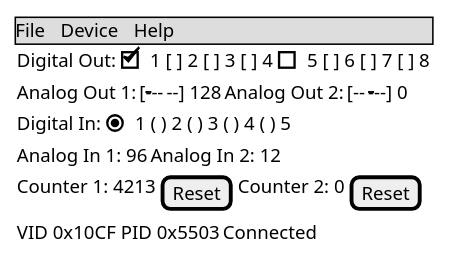
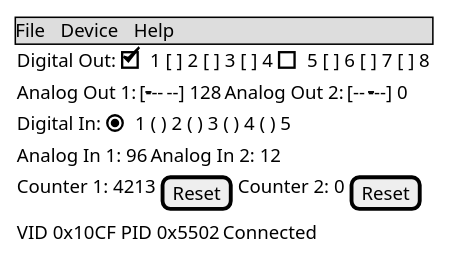
One commit to OutOfBandDevelopment/dev-term changed the second of 2 diagrams in docs/design/proposals/velleman-k8055-protocol.md. Above: the diagram before and after it, drawn with PlantUML. The commit also changed other lines of this file and 2 other files, not shown here.

First line of the commit message:
Add Saint George fencing proposal, verify K8055 live, fix PID count

````diff
--- a/docs/design/proposals/velleman-k8055-protocol.md
+++ b/docs/design/proposals/velleman-k8055-protocol.md
@@ -94,25 +119,25 @@
 ```plantuml
 @startsalt
 {
   {* File | Device | Help}
   {
     Digital Out: | [X] 1 [ ] 2 [ ] 3 [ ] 4 | [ ] 5 [ ] 6 [ ] 7 [ ] 8
   }
   {
     Analog Out 1: | [-------|--] 128 | Analog Out 2: | [--|-------] 0
   }
   {
     Digital In:  | (X) 1 ( ) 2 ( ) 3 ( ) 4 ( ) 5
   }
   {
     Analog In 1: 96 | Analog In 2: 12
   }
   {
     Counter 1: 4213 | [Reset] | Counter 2: 0 | [Reset]
   }
   {
-    VID 0x10CF PID 0x5503 | Connected
+    VID 0x10CF PID 0x5502 | Connected
   }
 }
 @endsalt
 ```
````
